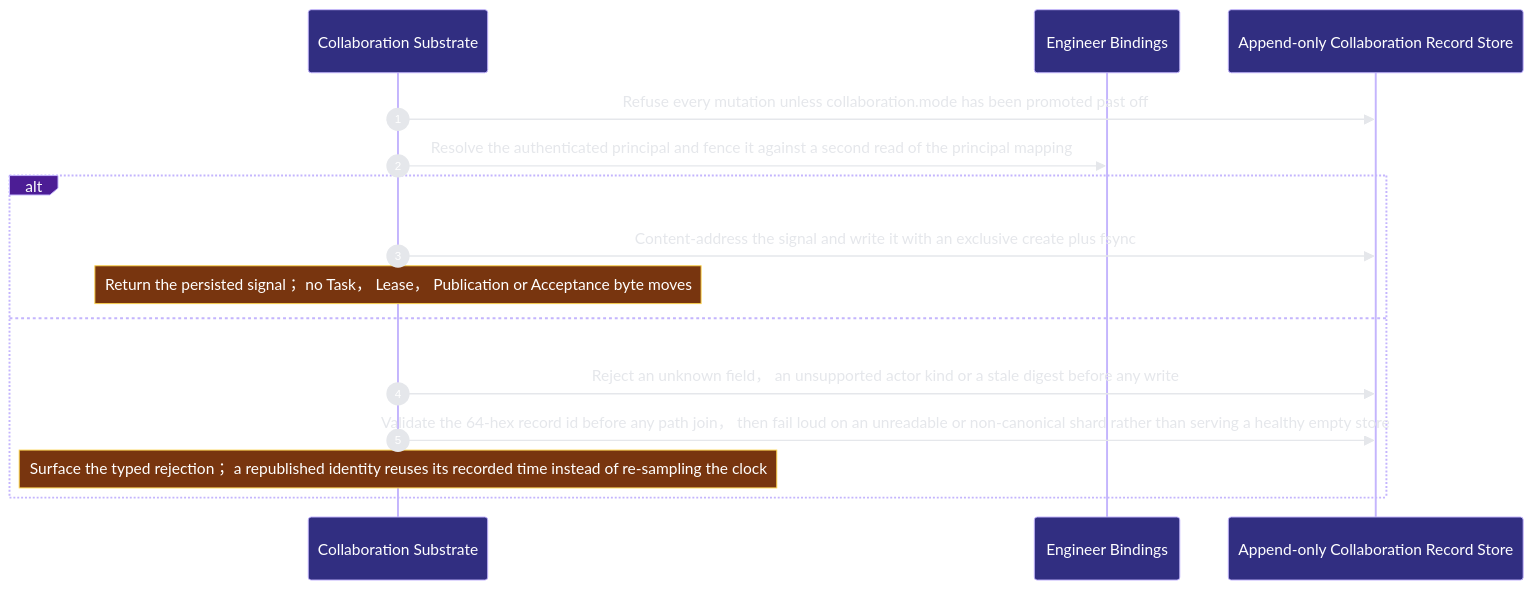
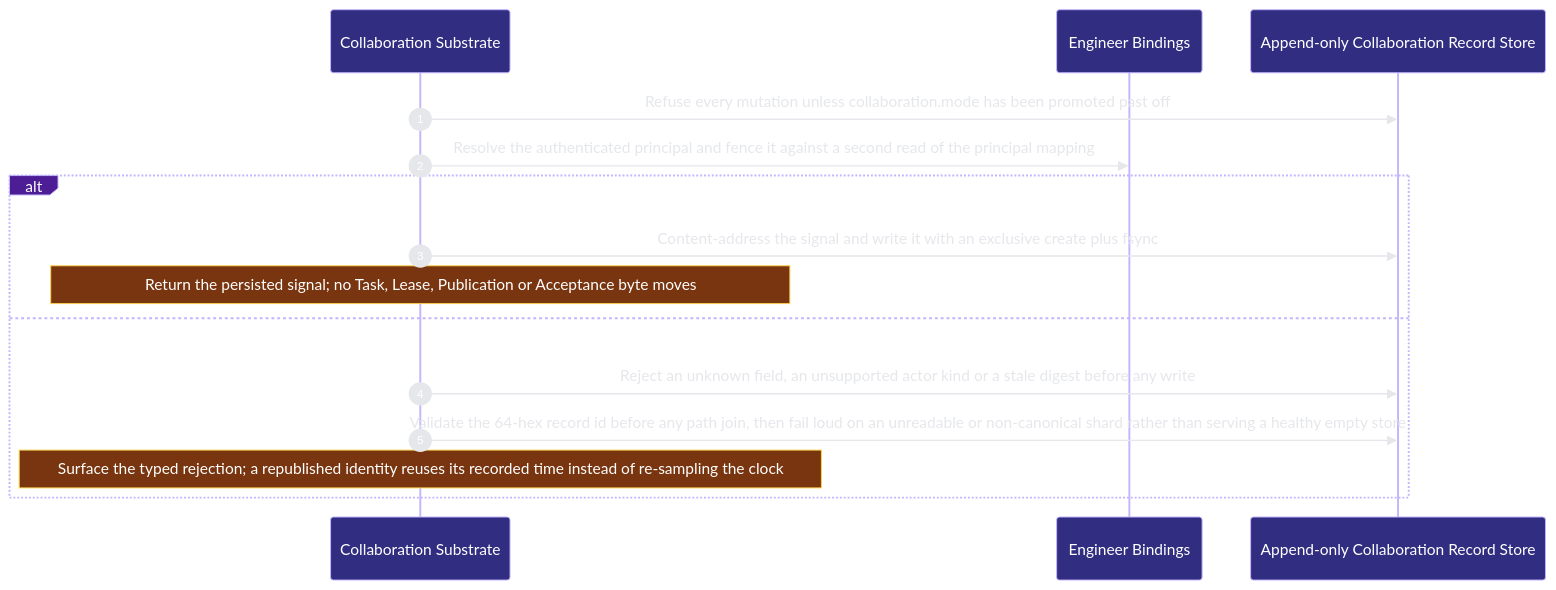
The sixth of 6 diagrams in docs/architecture/modules/runtime-harness/collaboration.md (Ancienttwo/repo-harness), drawn with Mermaid before and after one commit. The commit also changed other lines of this file and 46 other files, not shown here.

First line of the commit message:
docs(architecture): re-project the architecture docs with archctx 0.7.1

````diff
--- a/docs/architecture/modules/runtime-harness/collaboration.md
+++ b/docs/architecture/modules/runtime-harness/collaboration.md
@@ -230,18 +245,18 @@
 ```mermaid
 %%{init: {"theme":"base","themeVariables":{"background":"#0d1117","actorBkg":"#312e81","actorBorder":"#c4b5fd","actorTextColor":"#ffffff","signalColor":"#e5e7eb","signalTextColor":"#e5e7eb","labelBoxBkgColor":"#4c1d95","labelBoxBorderColor":"#c4b5fd","labelTextColor":"#ffffff","noteBkgColor":"#78350f","noteBorderColor":"#fcd34d","noteTextColor":"#ffffff","sequenceNumberColor":"#ffffff"}}}%%
 sequenceDiagram
   autonumber
   participant p2_collaboration_50c48bca as Collaboration Substrate
   participant p2_engineer_bindings_4e9749d0 as Engineer Bindings
   participant p2_signal_store_5a76fb32 as Append-only Collaboration Record Store
   p2_collaboration_50c48bca->>p2_signal_store_5a76fb32: Refuse every mutation unless collaboration.mode has been promoted past off
   p2_collaboration_50c48bca->>p2_engineer_bindings_4e9749d0: Resolve the authenticated principal and fence it against a second read of the principal mapping
   alt A new identity samples the recorded time once and lands as one immutable file
   p2_collaboration_50c48bca->>p2_signal_store_5a76fb32: Content-address the signal and write it with an exclusive create plus fsync
-    Note over p2_collaboration_50c48bca: Return the persisted signal； no Task， Lease， Publication or Acceptance byte moves
+    Note over p2_collaboration_50c48bca: Return the persisted signal#59; no Task#44; Lease#44; Publication or Acceptance byte moves
   else An invalid record or an unreadable shard fails closed
-  p2_collaboration_50c48bca->>p2_signal_store_5a76fb32: Reject an unknown field， an unsupported actor kind or a stale digest before any write
-  p2_collaboration_50c48bca->>p2_signal_store_5a76fb32: Validate the 64-hex record id before any path join， then fail loud on an unreadable or non-canonical shard rather than serving a healthy empty store
-    Note over p2_collaboration_50c48bca: Surface the typed rejection； a republished identity reuses its recorded time instead of re-sampling the clock
+  p2_collaboration_50c48bca->>p2_signal_store_5a76fb32: Reject an unknown field#44; an unsupported actor kind or a stale digest before any write
+  p2_collaboration_50c48bca->>p2_signal_store_5a76fb32: Validate the 64-hex record id before any path join#44; then fail loud on an unreadable or non-canonical shard rather than serving a healthy empty store
+    Note over p2_collaboration_50c48bca: Surface the typed rejection#59; a republished identity reuses its recorded time instead of re-sampling the clock
   end
 ```
````
